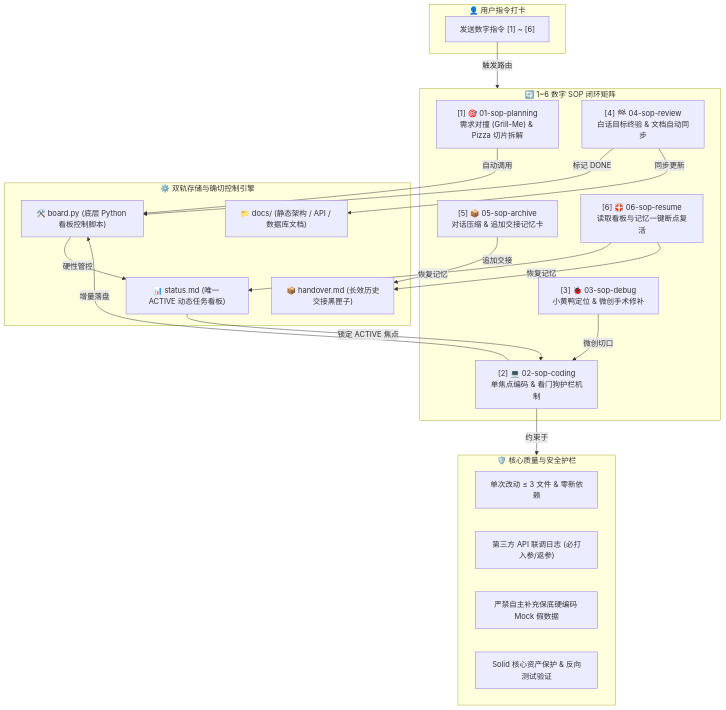
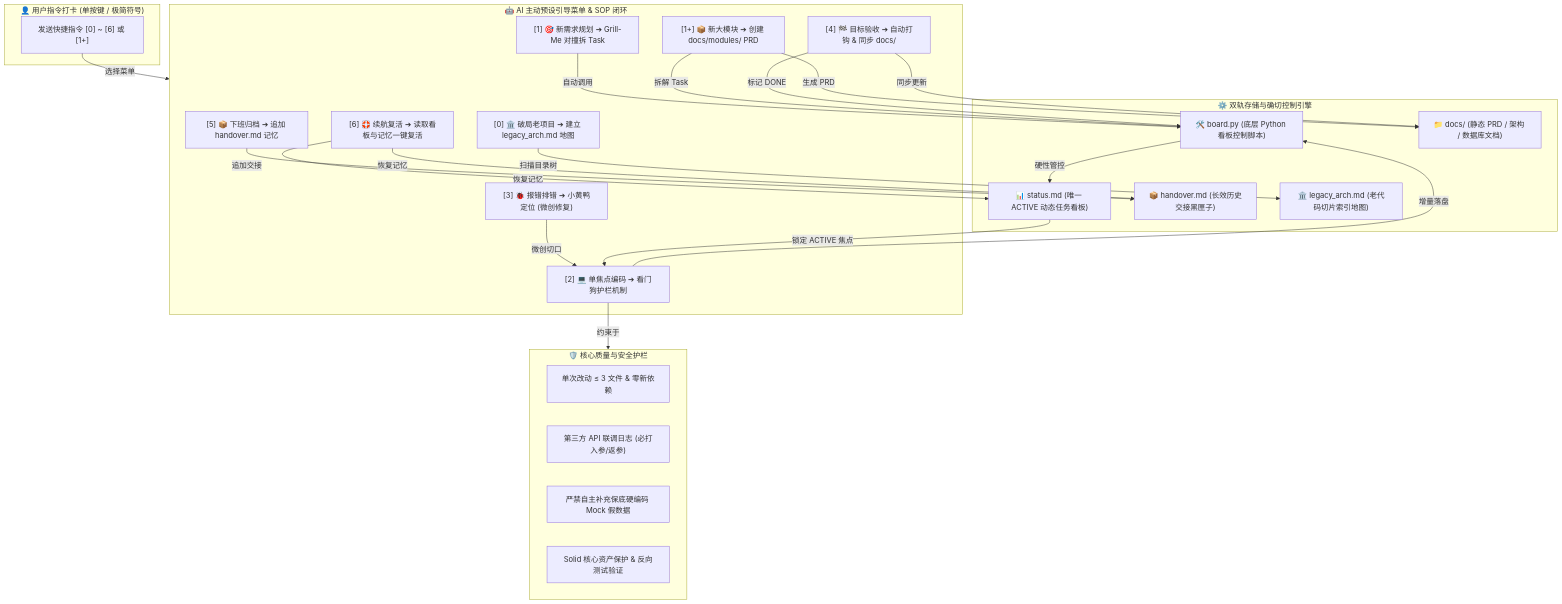
Before and after one commit to zhaozhendong0608/Apex: the diagram in WORKFLOW_GUIDE.md, drawn with Mermaid. The commit also changed other lines of this file, not shown here.

Commit message:
docs: update Mermaid diagram to reflect 0 legacy and 1+ PRD shortcuts

````diff
--- a/WORKFLOW_GUIDE.md
+++ b/WORKFLOW_GUIDE.md
@@ -55,42 +55,48 @@
 ```mermaid
 graph TD
-    subgraph U["👤 用户指令打卡"]
-        INPUT["发送数字指令 [1] ~ [6]"]
+    subgraph U["👤 用户指令打卡 (单按键 / 极简符号)"]
+        INPUT["发送快捷指令 [0] ~ [6] 或 [1+]"]
     end
 
-    subgraph SOP["🔄 1~6 数字 SOP 闭环矩阵"]
-        S1["[1] 🎯 01-sop-planning<br/>需求对撞 (Grill-Me) & Pizza 切片拆解"]
-        S2["[2] 💻 02-sop-coding<br/>单焦点编码 & 看门狗护栏机制"]
-        S3["[3] 🐞 03-sop-debug<br/>小黄鸭定位 & 微创手术修补"]
-        S4["[4] 🏁 04-sop-review<br/>白话目标终验 & 文档自动同步"]
-        S5["[5] 📦 05-sop-archive<br/>对话压缩 & 追加交接记忆卡"]
-        S6["[6] 🛟 06-sop-resume<br/>读取看板与记忆一键断点复活"]
+    subgraph MENU["🤖 AI 主动预设引导菜单 & SOP 闭环"]
+        M0["[0] 🏛️ 破局老项目 ➔ 建立 legacy_arch.md 地图"]
+        M1["[1] 🎯 新需求规划 ➔ Grill-Me 对撞拆 Task"]
+        M1P["[1+] 📦 新大模块 ➔ 创建 docs/modules/ PRD"]
+        M2["[2] 💻 单焦点编码 ➔ 看门狗护栏机制"]
+        M3["[3] 🐞 报错排错 ➔ 小黄鸭定位 (微创修复)"]
+        M4["[4] 🏁 目标验收 ➔ 自动打钩 & 同步 docs/"]
+        M5["[5] 📦 下班归档 ➔ 追加 handover.md 记忆"]
+        M6["[6] 🛟 续航复活 ➔ 读取看板与记忆一键复活"]
     end
 
     subgraph RULES["🛡️ 核心质量与安全护栏"]
         R1["单次改动 ≤ 3 文件 & 零新依赖"]
         R2["第三方 API 联调日志 (必打入参/返参)"]
         R3["严禁自主补充保底硬编码 Mock 假数据"]
         R4["Solid 核心资产保护 & 反向测试验证"]
     end
 
     subgraph ENGINE["⚙️ 双轨存储与确切控制引擎"]
         PY["🛠️ board.py (底层 Python 看板控制脚本)"]
         ST["📊 status.md (唯一 ACTIVE 动态任务看板)"]
         HO["📦 handover.md (长效历史交接黑匣子)"]
-        DOC["📁 docs/ (静态架构 / API / 数据库文档)"]
+        LEG["🏛️ legacy_arch.md (老代码切片索引地图)"]
+        DOC["📁 docs/ (静态 PRD / 架构 / 数据库文档)"]
     end
 
-    INPUT -->|触发路由| SOP
-    S1 -->|自动调用| PY
-    S2 -->|约束于| RULES
-    S2 -->|增量落盘| PY
-    S3 -->|微创切口| S2
-    S4 -->|标记 DONE| PY
-    S4 -->|同步更新| DOC
-    S5 -->|追加交接| HO
-    S6 -->|恢复记忆| ST & HO
+    INPUT -->|选择菜单| MENU
+    M0 -->|扫描目录树| LEG
+    M1 -->|自动调用| PY
+    M1P -->|生成 PRD| DOC
+    M1P -->|拆解 Task| PY
+    M2 -->|约束于| RULES
+    M2 -->|增量落盘| PY
+    M3 -->|微创切口| M2
+    M4 -->|标记 DONE| PY
+    M4 -->|同步更新| DOC
+    M5 -->|追加交接| HO
+    M6 -->|恢复记忆| ST & HO
 
     PY -->|硬性管控| ST
-    ST -->|锁定 ACTIVE 焦点| S2
+    ST -->|锁定 ACTIVE 焦点| M2
 ```
````
